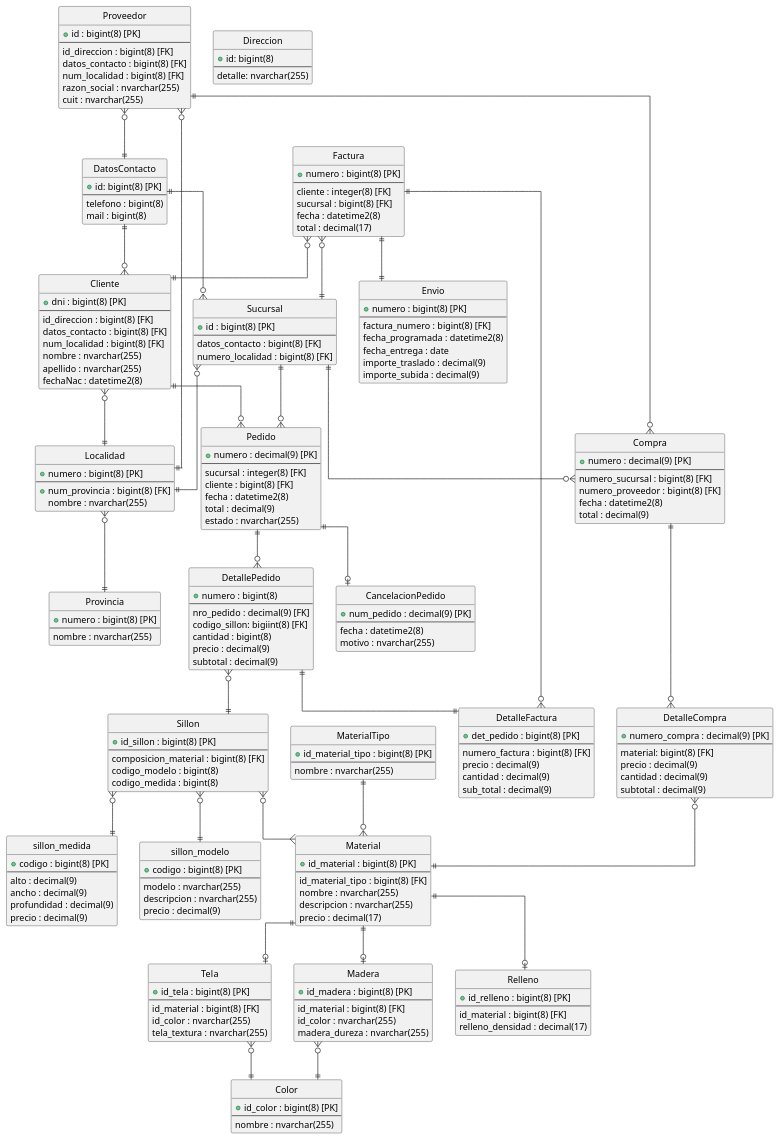
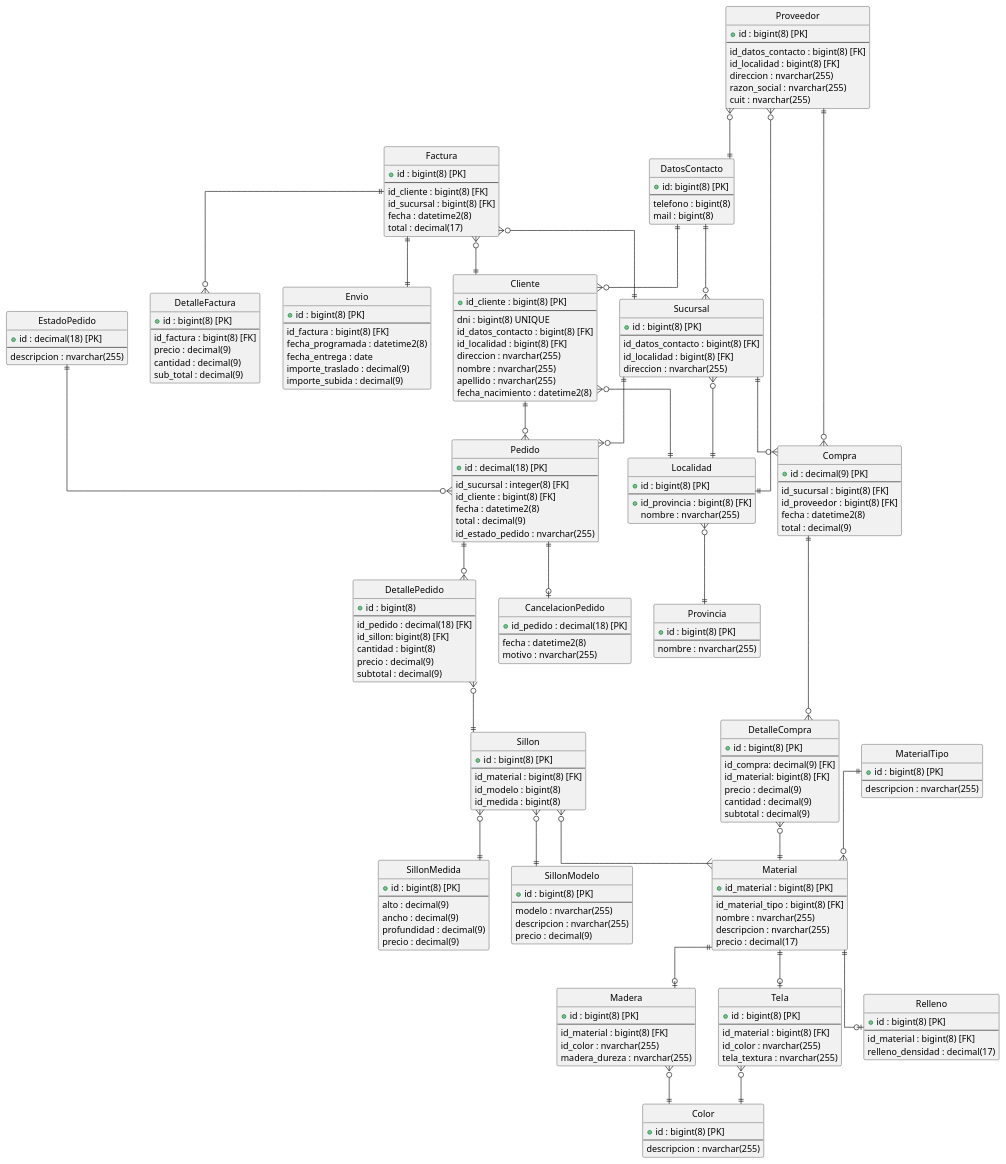
One commit to andrycarrasco/rejunte-sa-91 changed the diagram in der.puml. Above: the diagram before and after it, drawn with PlantUML. The commit also changed 1 other file, not shown here.

```diff
--- a/der.puml
+++ b/der.puml
@@ -5,37 +5,39 @@
 
 ' Entidades principales
 entity "Pedido" {
-  + numero : decimal(9) [PK]
+  + id : decimal(18) [PK]
   --
-  sucursal : integer(8) [FK]
-  cliente : bigint(8) [FK]
+  id_sucursal : integer(8) [FK]
+  id_cliente : bigint(8) [FK]
   fecha : datetime2(8)
   total : decimal(9)
-  estado : nvarchar(255)
+  id_estado_pedido : nvarchar(255)
+}
+
+entity "EstadoPedido" {
+  + id : decimal(18) [PK]
+  --
+  descripcion : nvarchar(255)
 }
 
 entity "Sucursal" {
   + id : bigint(8) [PK]
   --
-  datos_contacto : bigint(8) [FK]
-  numero_localidad : bigint(8) [FK]
-}
-
-entity "Direccion" {
-    +id: bigint(8)
-    --
-    detalle: nvarchar(255)
+  id_datos_contacto : bigint(8) [FK]
+  id_localidad : bigint(8) [FK]
+  direccion : nvarchar(255)
 }
 
 entity "Cliente" {
-  + dni : bigint(8) [PK]
+  + id_cliente : bigint(8) [PK]
   --
-  id_direccion : bigint(8) [FK]
-  datos_contacto : bigint(8) [FK]
-  num_localidad : bigint(8) [FK]
+  dni : bigint(8) UNIQUE
+  id_datos_contacto : bigint(8) [FK]
+  id_localidad : bigint(8) [FK]
+  direccion : nvarchar(255)
   nombre : nvarchar(255)
   apellido : nvarchar(255)
-  fechaNac : datetime2(8)
+  fecha_nacimiento : datetime2(8)
 }
 
 entity "DatosContacto" {
@@ -46,32 +48,32 @@
 }
 
 entity "Localidad" {
-  +numero : bigint(8) [PK]
+  +id : bigint(8) [PK]
   --
-  +num_provincia : bigint(8) [FK]
+  +id_provincia : bigint(8) [FK]
   nombre : nvarchar(255)
 }
 
 entity "Provincia" {
-  +numero : bigint(8) [PK]
+  +id : bigint(8) [PK]
   --
   nombre : nvarchar(255)
 }
 
 ' Entidades de transacción
 entity "Factura" {
-  + numero : bigint(8) [PK]
+  + id : bigint(8) [PK]
   --
-  cliente : integer(8) [FK]
-  sucursal : bigint(8) [FK]
+  id_cliente : bigint(8) [FK]
+  id_sucursal : bigint(8) [FK]
   fecha : datetime2(8)
   total : decimal(17)
 }
 
 entity "Envio" {
-  + numero : bigint(8) [PK]
+  + id : bigint(8) [PK]
   --
-  factura_numero : bigint(8) [FK]
+  id_factura : bigint(8) [FK]
   fecha_programada : datetime2(8)
   fecha_entrega : date
   importe_traslado : decimal(9)
@@ -80,23 +82,23 @@
 
 ' Entidades de productos
 entity "Sillon" {
-  + id_sillon : bigint(8) [PK]
+  + id : bigint(8) [PK]
   --
-  composicion_material : bigint(8) [FK]
-  codigo_modelo : bigint(8)
-  codigo_medida : bigint(8)
+  id_material : bigint(8) [FK]
+  id_modelo : bigint(8)
+  id_medida : bigint(8)
 }
 
-entity "sillon_modelo" {
-  + codigo : bigint(8) [PK]
+entity "SillonModelo" {
+  + id : bigint(8) [PK]
   --
   modelo : nvarchar(255)
   descripcion : nvarchar(255)
   precio : decimal(9)
 }
 
-entity "sillon_medida" {
-  + codigo : bigint(8) [PK]
+entity "SillonMedida" {
+  + id : bigint(8) [PK]
   --
   alto : decimal(9)
   ancho : decimal(9)
@@ -115,19 +117,19 @@
 }
 
 entity "MaterialTipo" {
-  + id_material_tipo : bigint(8) [PK]
+  + id : bigint(8) [PK]
   --
-  nombre : nvarchar(255)
+  descripcion : nvarchar(255)
 }
 
 entity "Color" {
-  + id_color : bigint(8) [PK]
+  + id : bigint(8) [PK]
   --
-  nombre : nvarchar(255)
+  descripcion : nvarchar(255)
 }
 
 entity "Tela" {
-  + id_tela : bigint(8) [PK]
+  + id : bigint(8) [PK]
   --
   id_material : bigint(8) [FK]
   id_color : nvarchar(255)
@@ -135,14 +137,14 @@
 }
 
 entity "Relleno" {
-  + id_relleno : bigint(8) [PK]
+  + id : bigint(8) [PK]
   --
   id_material : bigint(8) [FK]
   relleno_densidad : decimal(17)
 }
 
 entity "Madera" {
-  + id_madera : bigint(8) [PK]
+  + id : bigint(8) [PK]
   --
   id_material : bigint(8) [FK]
   id_color : nvarchar(255)
@@ -152,10 +154,10 @@
 
 ' Entidades de compras
 entity "Compra" {
-  + numero : decimal(9) [PK]
+  + id : decimal(9) [PK]
   --
-  numero_sucursal : bigint(8) [FK]
-  numero_proveedor : bigint(8) [FK]
+  id_sucursal : bigint(8) [FK]
+  id_proveedor : bigint(8) [FK]
   fecha : datetime2(8)
   total : decimal(9)
 }
@@ -163,44 +165,44 @@
 entity "Proveedor" {
   + id : bigint(8) [PK]
   --
-  id_direccion : bigint(8) [FK]
-  datos_contacto : bigint(8) [FK]
-  num_localidad : bigint(8) [FK]
+  id_datos_contacto : bigint(8) [FK]
+  id_localidad : bigint(8) [FK]
+  direccion : nvarchar(255)
   razon_social : nvarchar(255)
   cuit : nvarchar(255)
 }
 
-' Entidades de relación
 entity "DetallePedido" {
-  + numero : bigint(8)
+  + id : bigint(8)
   --
-  nro_pedido : decimal(9) [FK]
-  codigo_sillon: bigiint(8) [FK]
+  id_pedido : decimal(18) [FK]
+  id_sillon: bigint(8) [FK]
   cantidad : bigint(8)
   precio : decimal(9)
   subtotal : decimal(9)
 }
 
 entity "DetalleFactura" {
-  + det_pedido : bigint(8) [PK]
+  + id : bigint(8) [PK]
   --
-  numero_factura : bigint(8) [FK]
+  id_factura : bigint(8) [FK]
   precio : decimal(9)
   cantidad : decimal(9)
   sub_total : decimal(9)
 }
 
 entity "DetalleCompra" {
-  + numero_compra : decimal(9) [PK]
+  + id : bigint(8) [PK]
   --
-  material: bigint(8) [FK]
+  id_compra: decimal(9) [FK]
+  id_material: bigint(8) [FK]
   precio : decimal(9)
   cantidad : decimal(9)
   subtotal : decimal(9)
 }
 
 entity "CancelacionPedido" {
-  +num_pedido : decimal(9) [PK]
+  + id_pedido : decimal(18) [PK]
   --
   fecha : datetime2(8)
   motivo : nvarchar(255)
@@ -237,8 +239,8 @@
 
 MaterialTipo||--o{Material
 
-Sillon }o--|| sillon_modelo 
-Sillon }o--|| sillon_medida 
+Sillon }o--|| SillonModelo 
+Sillon }o--|| SillonMedida
 Sillon }o--{ Material
 Factura}o--||Cliente
 Factura}o--||Sucursal
@@ -247,6 +249,7 @@
 DatosContacto ||--o{ Sucursal 
 DatosContacto ||--o{ Cliente 
 DetalleCompra}o--||Material
-DetallePedido||--||DetalleFactura
+' DetallePedido||--||DetalleFactura
+EstadoPedido ||--o{ Pedido
 
 @enduml
```
